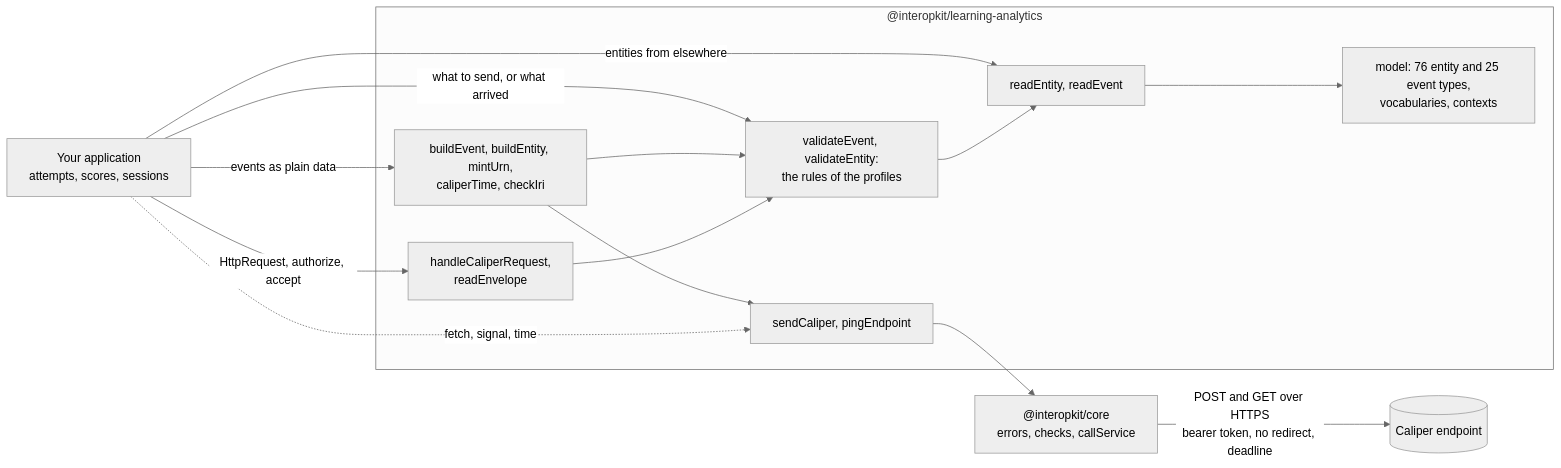
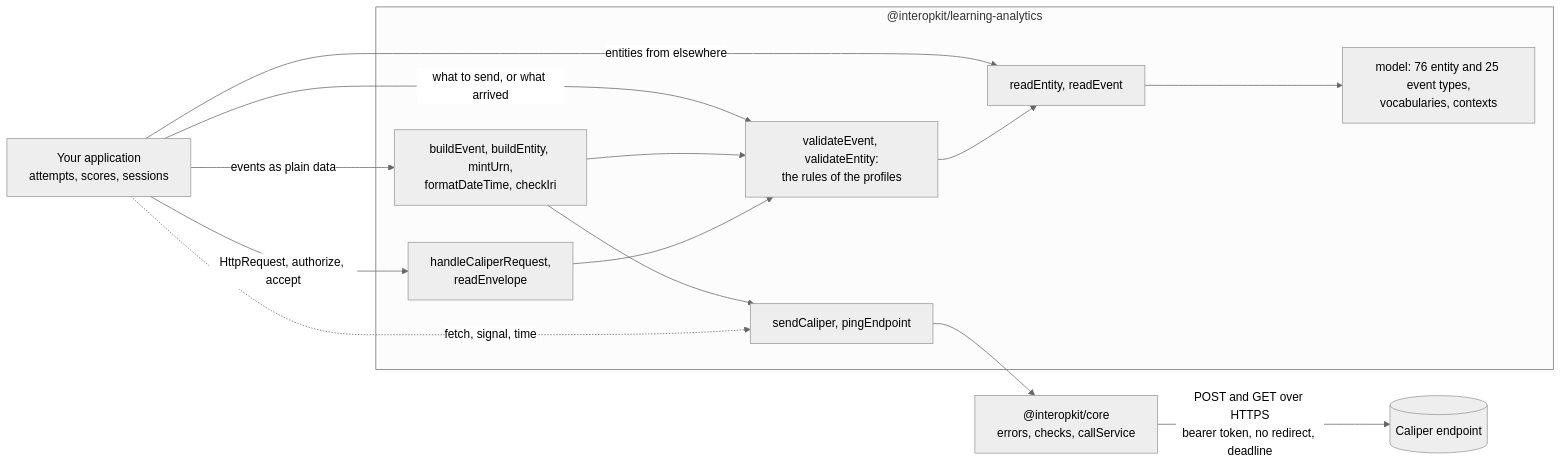
One commit to interopkit/interopkit changed the diagram in packages/learning-analytics/README.md. Above: the diagram before and after it, drawn with Mermaid (neutral theme). The commit also changed other lines of this file and 368 other files, not shown here.

````diff
--- a/packages/learning-analytics/README.md
+++ b/packages/learning-analytics/README.md
@@ -9,26 +9,26 @@
 ```mermaid
 flowchart LR
   host["Your application<br/>attempts, scores, sessions"]
   subgraph pkg["@interopkit/learning-analytics"]
     model["model: 76 entity and 25 event types,<br/>vocabularies, contexts"]
     read["readEntity, readEvent"]
     validate["validateEvent, validateEntity:<br/>the rules of the profiles"]
-    build["buildEvent, buildEntity, mintUrn,<br/>caliperTime, checkIri"]
+    build["buildEvent, buildEntity, mintUrn,<br/>formatDateTime, checkIri"]
     send["sendCaliper, pingEndpoint"]
     endpointNode["handleCaliperRequest,<br/>readEnvelope"]
   end
   core["@interopkit/core<br/>errors, checks, callService"]
   endpoint[("Caliper endpoint")]
   host -->|"events as plain data"| build
   host -->|"entities from elsewhere"| read
   host -->|"what to send, or what arrived"| validate
   read --> model
   validate --> read
   build --> validate
   build --> send
   endpointNode --> validate
   host -.->|"fetch, signal, time"| send
   send --> core
   core -->|"POST and GET over HTTPS<br/>bearer token, no redirect, deadline"| endpoint
   host -->|"HttpRequest, authorize, accept"| endpointNode
 ```
````
